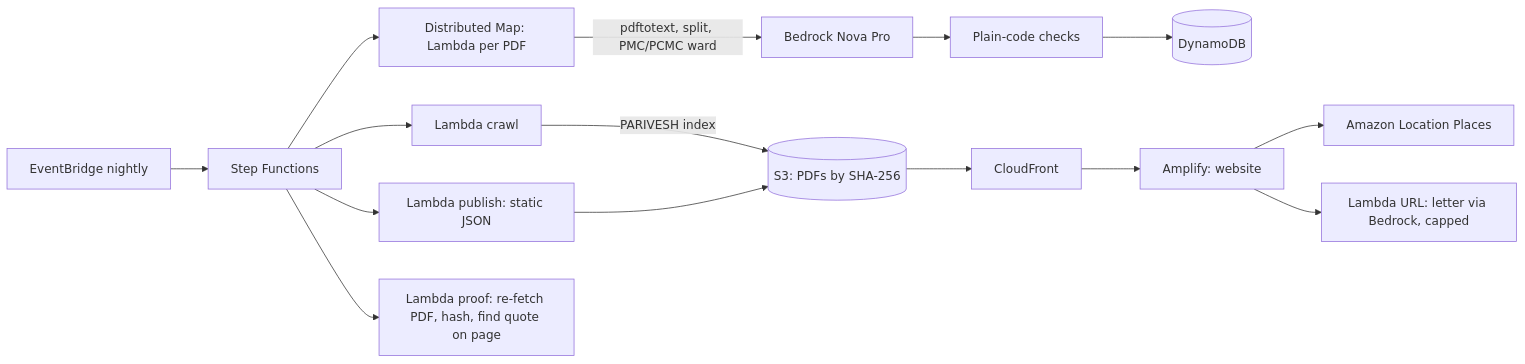
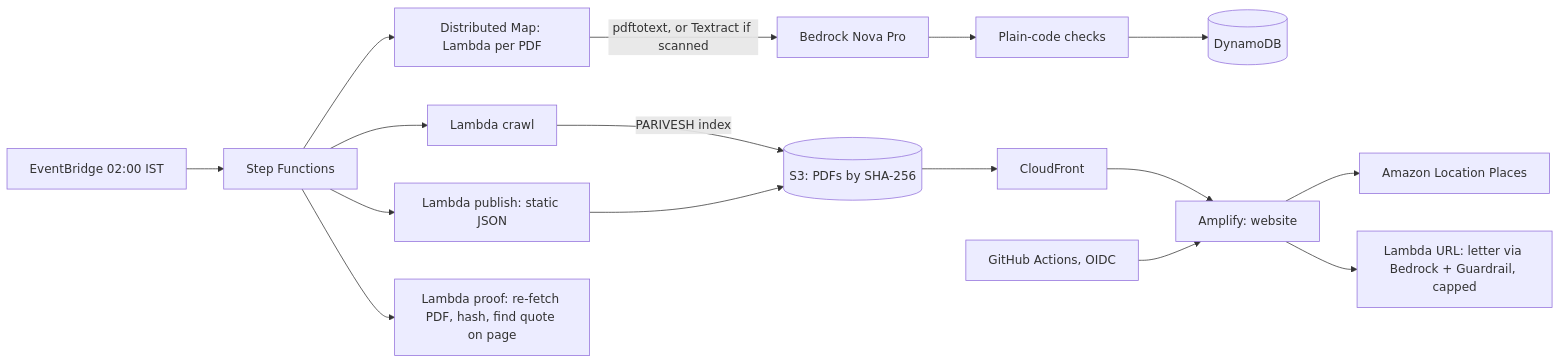
One commit to SidTheKid-dotcom/wemakedevs-env-hacks-2026 changed the diagram in README.md. Above: the diagram before and after it, drawn with Mermaid. The commit also changed other lines of this file and 4 other files, not shown here.

Commit message:
README for judges: try-it links, video timestamps per AWS service, Textract and Guardrails, team split, learnings, AWS feedback, AI tools and credits; fresh screenshots from the live site

````diff
--- a/README.md
+++ b/README.md
@@ -45,13 +68,14 @@
 ```mermaid
 flowchart LR
-  EB[EventBridge nightly] --> SF[Step Functions]
+  EB[EventBridge 02:00 IST] --> SF[Step Functions]
   SF --> C[Lambda crawl] -->|PARIVESH index| S3[(S3: PDFs by SHA-256)]
   SF --> M[Distributed Map: Lambda per PDF]
-  M -->|pdftotext, split, PMC/PCMC ward| BR[Bedrock Nova Pro]
+  M -->|pdftotext, or Textract if scanned| BR[Bedrock Nova Pro]
   BR --> CHK[Plain-code checks] --> DDB[(DynamoDB)]
   SF --> PUB[Lambda publish: static JSON] --> S3
   SF --> PR[Lambda proof: re-fetch PDF, hash, find quote on page]
   S3 --> CF[CloudFront] --> WEB[Amplify: website]
   WEB --> LOC[Amazon Location Places]
-  WEB --> LET[Lambda URL: letter via Bedrock, capped]
+  WEB --> LET[Lambda URL: letter via Bedrock + Guardrail, capped]
+  GH[GitHub Actions, OIDC] --> WEB
 ```
````
